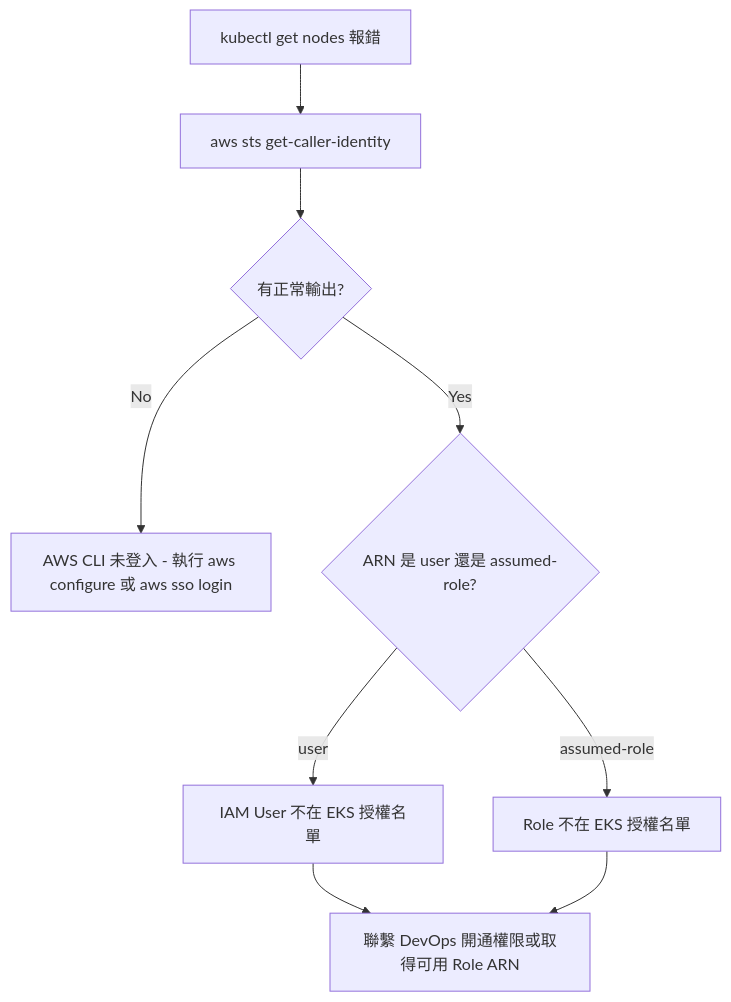
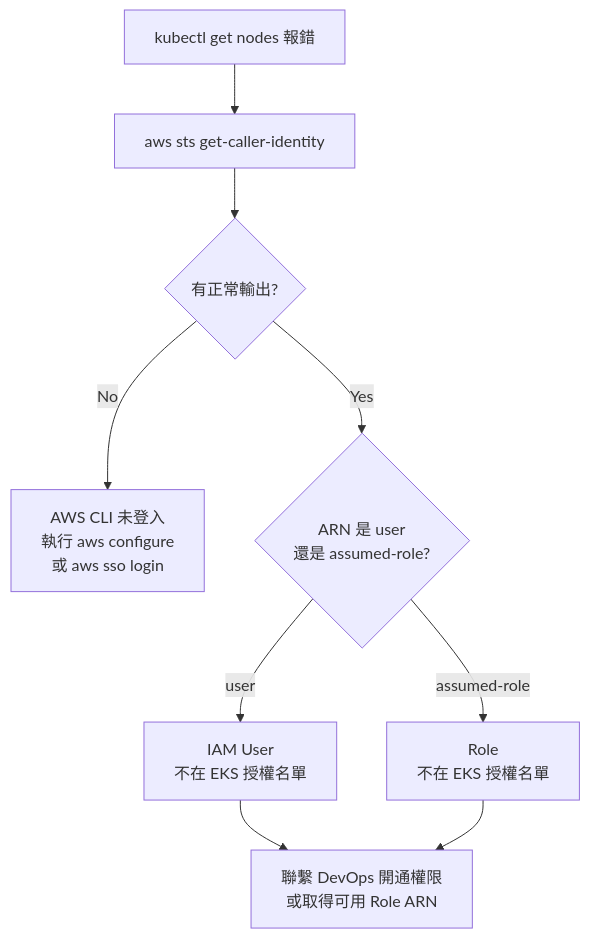
One commit to tony-yang-0216/my-knowledge-base changed the first of 5 diagrams in notes/15-Dev-Tools/K9s Kubernetes TUI 管理工具與 EKS 連線實戰.md. Above: the diagram before and after it, drawn with Mermaid. The commit also changed other lines of this file, not shown here.

First line of the commit message:
docs(k9s): fix TOC nesting and mermaid node line breaks

````diff
--- a/notes/15-Dev-Tools/K9s Kubernetes TUI 管理工具與 EKS 連線實戰.md
+++ b/notes/15-Dev-Tools/K9s Kubernetes TUI 管理工具與 EKS 連線實戰.md
@@ -193,11 +195,11 @@
 ```mermaid
 flowchart TD
     A["kubectl get nodes 報錯"] --> B["aws sts get-caller-identity"]
     B --> C{"有正常輸出?"}
-    C -->|"No"| D["AWS CLI 未登入 - 執行 aws configure 或 aws sso login"]
-    C -->|"Yes"| E{"ARN 是 user 還是 assumed-role?"}
-    E -->|"user"| F["IAM User 不在 EKS 授權名單"]
-    E -->|"assumed-role"| G["Role 不在 EKS 授權名單"]
-    F --> H["聯繫 DevOps 開通權限或取得可用 Role ARN"]
+    C -->|"No"| D["AWS CLI 未登入<br>執行 aws configure<br>或 aws sso login"]
+    C -->|"Yes"| E{"ARN 是 user<br>還是 assumed-role?"}
+    E -->|"user"| F["IAM User<br>不在 EKS 授權名單"]
+    E -->|"assumed-role"| G["Role<br>不在 EKS 授權名單"]
+    F --> H["聯繫 DevOps 開通權限<br>或取得可用 Role ARN"]
     G --> H
 ```
````
